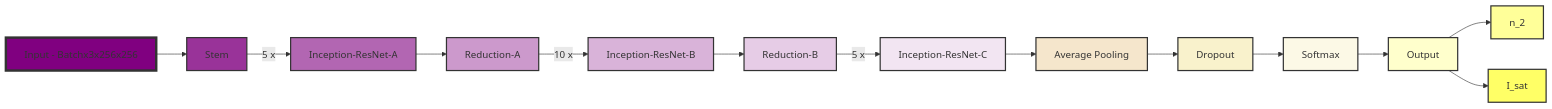
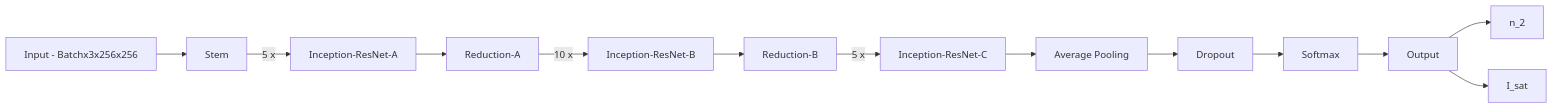
One commit to Quantum-Optics-LKB/xp2nlse-ml changed the first of 3 diagrams in README.md. Above: the diagram before and after it, drawn with Mermaid.

Commit message:
no colors

````diff
--- a/README.md
+++ b/README.md
@@ -45,29 +45,15 @@
 ```mermaid
 graph LR
     A[Input - Batchx3x256x256] --> B[Stem]
     B -->|5 x| C[Inception-ResNet-A]
     C --> D[Reduction-A]
     D -->|10 x| E[Inception-ResNet-B]
     E --> F[Reduction-B]
     F -->|5 x| G[Inception-ResNet-C]
     G --> H[Average Pooling]
     H --> I[Dropout]
     I --> J[Softmax]
     J --> K[Output]
     K --> L[n_2]
     K --> M[I_sat]
-
-    style A fill:#800080,stroke:#333,stroke-width:4px
-    style B fill:#993399,stroke:#333,stroke-width:2px
-    style C fill:#b266b2,stroke:#333,stroke-width:2px
-    style D fill:#cc99cc,stroke:#333,stroke-width:2px
-    style E fill:#d9b3d9,stroke:#333,stroke-width:2px
-    style F fill:#e6cce6,stroke:#333,stroke-width:2px
-    style G fill:#f2e5f2,stroke:#333,stroke-width:2px
-    style H fill:#f5e6cc,stroke:#333,stroke-width:2px
-    style I fill:#f9f2cc,stroke:#333,stroke-width:2px
-    style J fill:#fcf9e6,stroke:#333,stroke-width:2px
-    style K fill:#ffffcc,stroke:#333,stroke-width:2px
-    style L fill:#ffff99,stroke:#333,stroke-width:2px
-    style M fill:#ffff66,stroke:#333,stroke-width:2px
 ```
````
